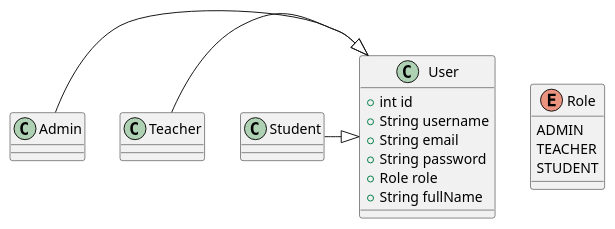
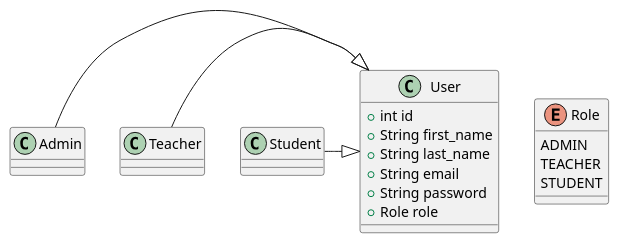
The diagram in src/puml/user-management.puml (Montassar-T/Projet-JAVA-ESPRIT), drawn with PlantUML before and after one commit. The commit also changed 7 other files, not shown here.

```diff
--- a/src/puml/user-management.puml
+++ b/src/puml/user-management.puml
@@ -1,26 +1,26 @@
 @startuml
 
 enum Role {
     ADMIN
     TEACHER
     STUDENT
 }
 
 class User {
     +int id
-    +String username
+    +String first_name
+    +String last_name
     +String email
     +String password
     +Role role
-    +String fullName
 }
 
 class Admin
 class Teacher
 class Student
 
 Admin -|> User
 Teacher -|> User
 Student -|> User
 
 @enduml
```
